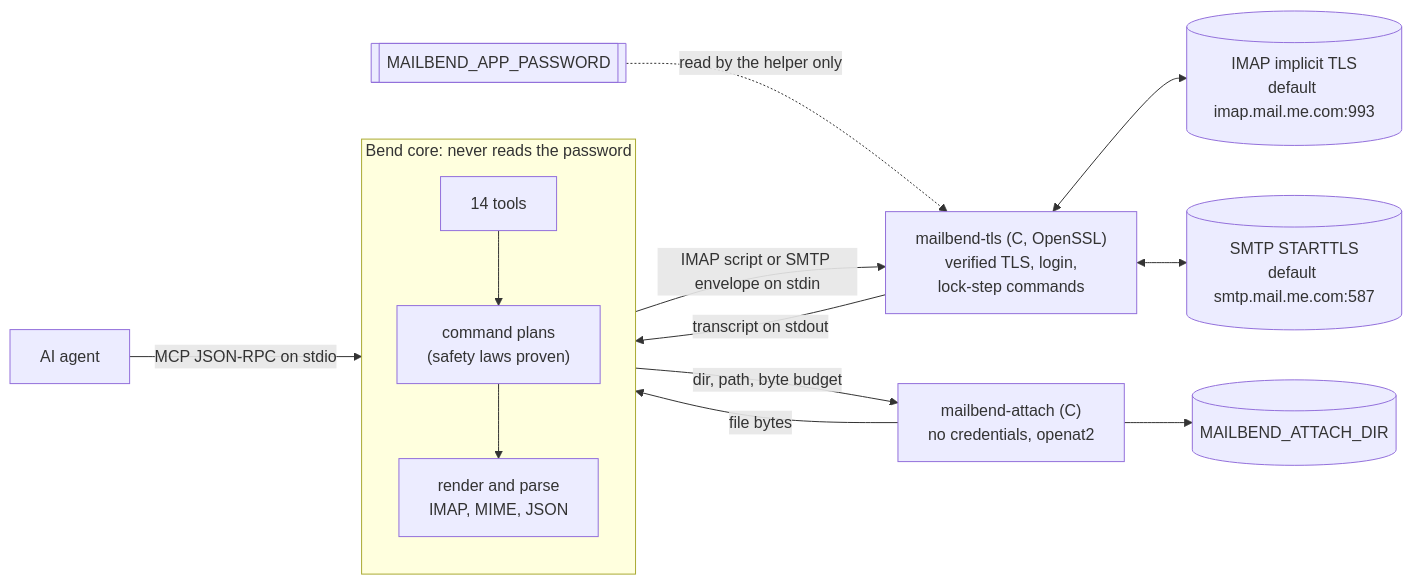
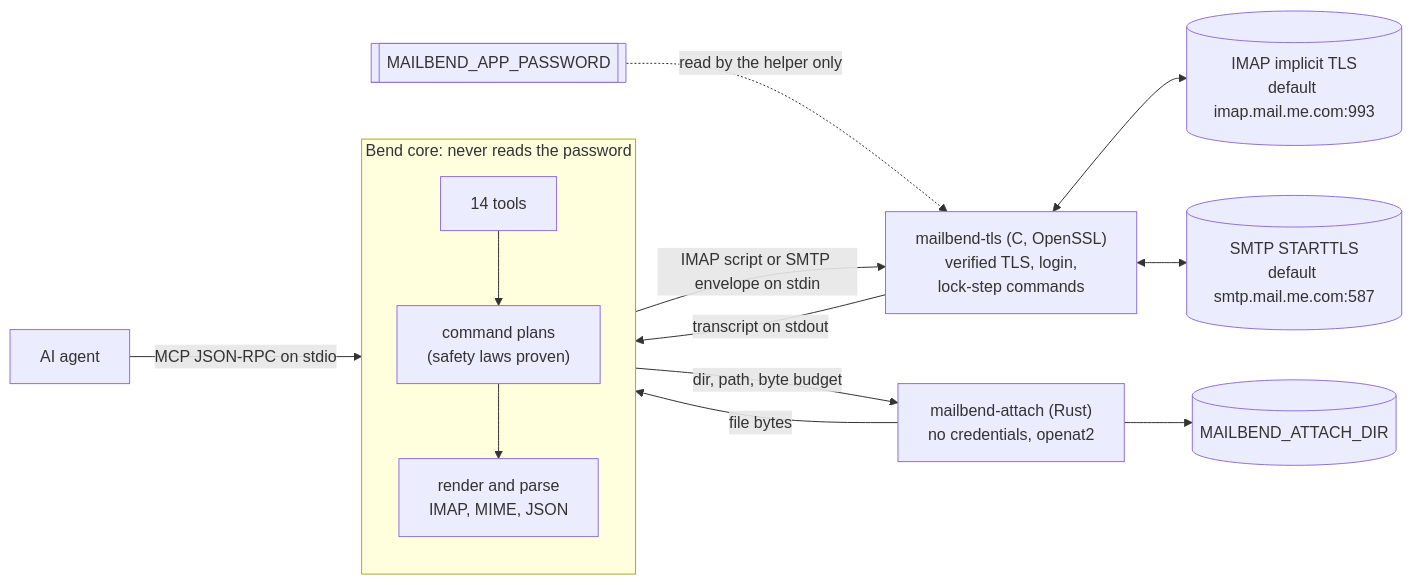
One commit to albertc71/MailBend changed the diagram in README.md. Above: the diagram before and after it, drawn with Mermaid. The commit also changed other lines of this file and 19 other files, not shown here.

First line of the commit message:
feat(native): rewrite mailbend-attach in Rust

````diff
--- a/README.md
+++ b/README.md
@@ -223,17 +227,17 @@
 ```mermaid
 flowchart LR
   agent["AI agent"] -- "MCP JSON-RPC on stdio" --> core
   subgraph core["Bend core: never reads the password"]
     direction TB
     tools["14 tools"] --> plans["command plans<br/>(safety laws proven)"]
     plans --> parse["render and parse<br/>IMAP, MIME, JSON"]
   end
   core -- "IMAP script or SMTP envelope on stdin" --> helper["mailbend-tls (C, OpenSSL)<br/>verified TLS, login,<br/>lock-step commands"]
   helper -- "transcript on stdout" --> core
   helper <--> imap[("IMAP implicit TLS<br/>default imap.mail.me.com:993")]
   helper <--> smtp[("SMTP STARTTLS<br/>default smtp.mail.me.com:587")]
   secrets[["MAILBEND_APP_PASSWORD"]] -. "read by the helper only" .-> helper
-  core -- "dir, path, byte budget" --> reader["mailbend-attach (C)<br/>no credentials, openat2"]
+  core -- "dir, path, byte budget" --> reader["mailbend-attach (Rust)<br/>no credentials, openat2"]
   reader -- "file bytes" --> core
   reader --> files[("MAILBEND_ATTACH_DIR")]
 ```
````
